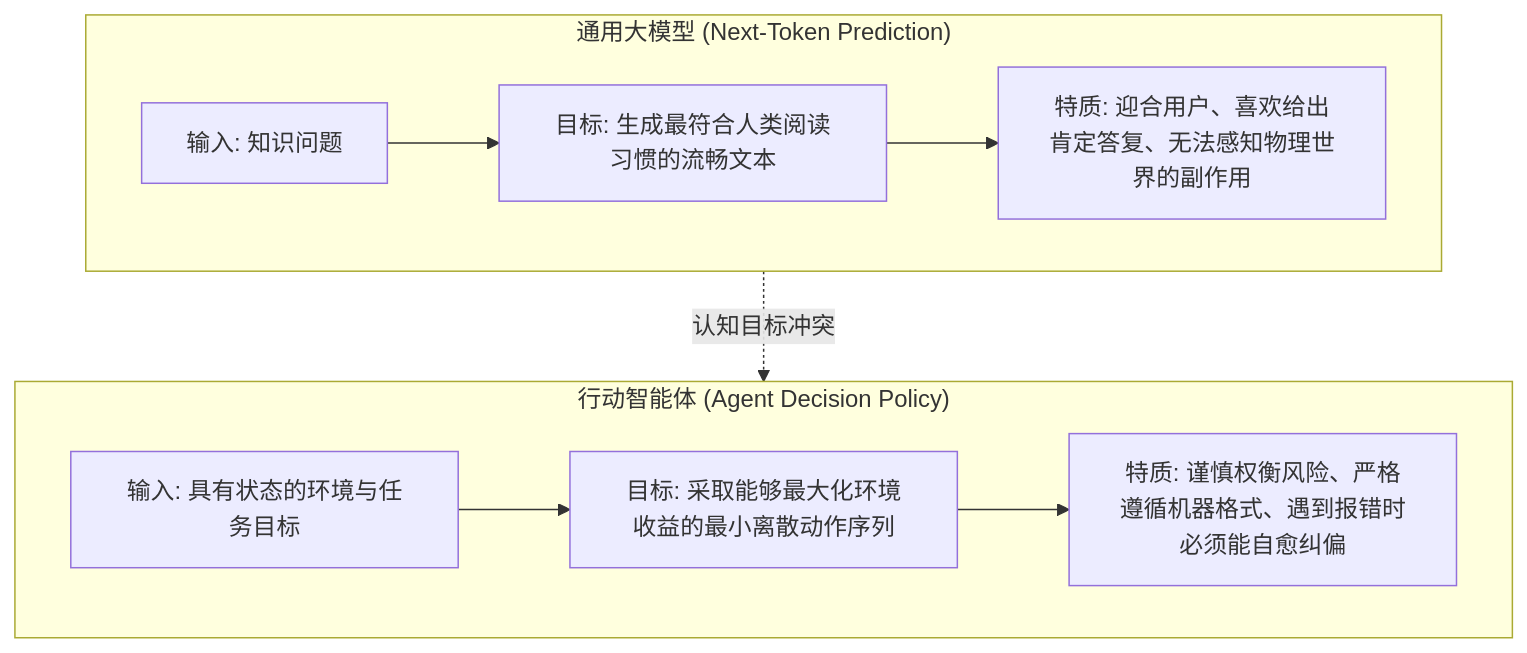
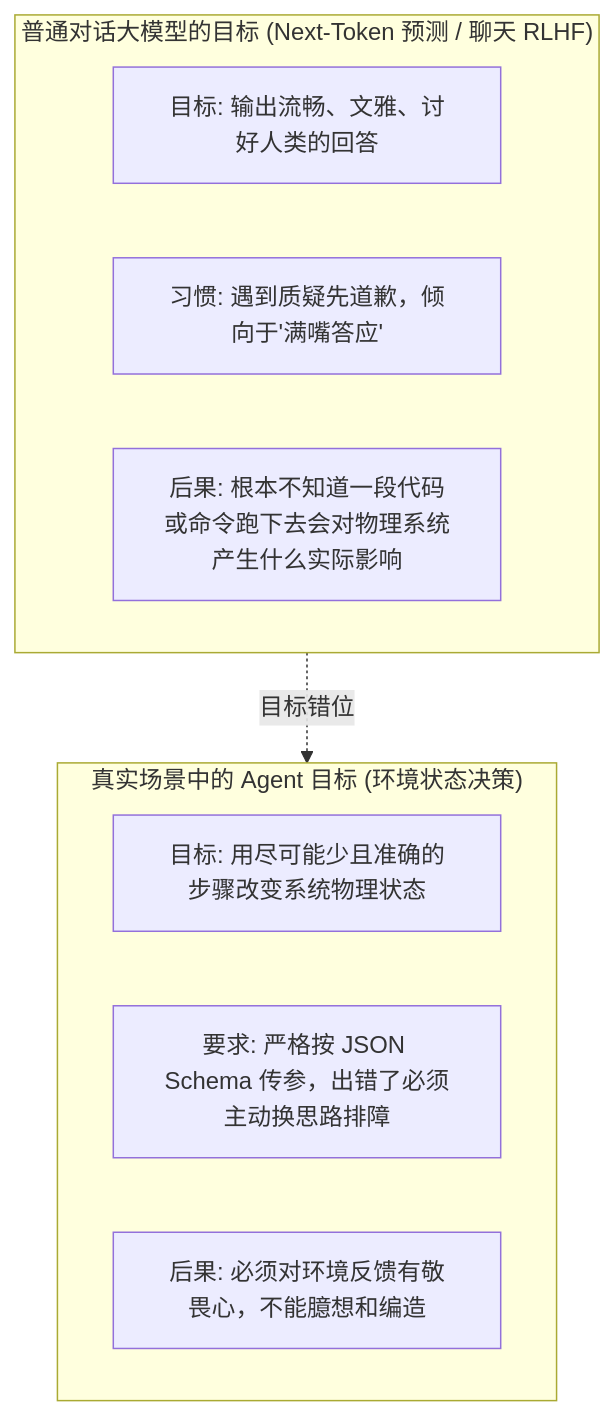
One commit to ljh12138164/ai-agent-study changed the first of 3 diagrams in app/ch08-post-training/01-why-general-models-fail-agents/page.mdx. Above: the diagram before and after it, drawn with Mermaid. The commit also changed other lines of this file and 43 other files, not shown here.

````diff
--- a/app/ch08-post-training/01-why-general-models-fail-agents/page.mdx
+++ b/app/ch08-post-training/01-why-general-models-fail-agents/page.mdx
@@ -17,14 +15,16 @@
 ```mermaid
-graph TD
-    subgraph PassiveLM["通用大模型 (Next-Token Prediction)"]
-        P1["输入: 知识问题"] --> P2["目标: 生成最符合人类阅读习惯的流畅文本"]
-        P2 --> P3["特质: 迎合用户、喜欢给出肯定答复、无法感知物理世界的副作用"]
+flowchart TD
+    subgraph ChatLM["普通对话大模型的目标 (Next-Token 预测 / 聊天 RLHF)"]
+        C1["目标: 输出流畅、文雅、讨好人类的回答"]
+        C2["习惯: 遇到质疑先道歉，倾向于'满嘴答应'"]
+        C3["后果: 根本不知道一段代码或命令跑下去会对物理系统产生什么实际影响"]
     end
     
-    subgraph ActiveAgent["行动智能体 (Agent Decision Policy)"]
-        A1["输入: 具有状态的环境与任务目标"] --> A2["目标: 采取能够最大化环境收益的最小离散动作序列"]
-        A2 --> A3["特质: 谨慎权衡风险、严格遵循机器格式、遇到报错时必须能自愈纠偏"]
+    subgraph AgentLM["真实场景中的 Agent 目标 (环境状态决策)"]
+        A1["目标: 用尽可能少且准确的步骤改变系统物理状态"]
+        A2["要求: 严格按 JSON Schema 传参，出错了必须主动换思路排障"]
+        A3["后果: 必须对环境反馈有敬畏心，不能臆想和编造"]
     end
-    
-    PassiveLM -.->|认知目标冲突| ActiveAgent
+
+    ChatLM -.->|目标错位| AgentLM
 ```
````
